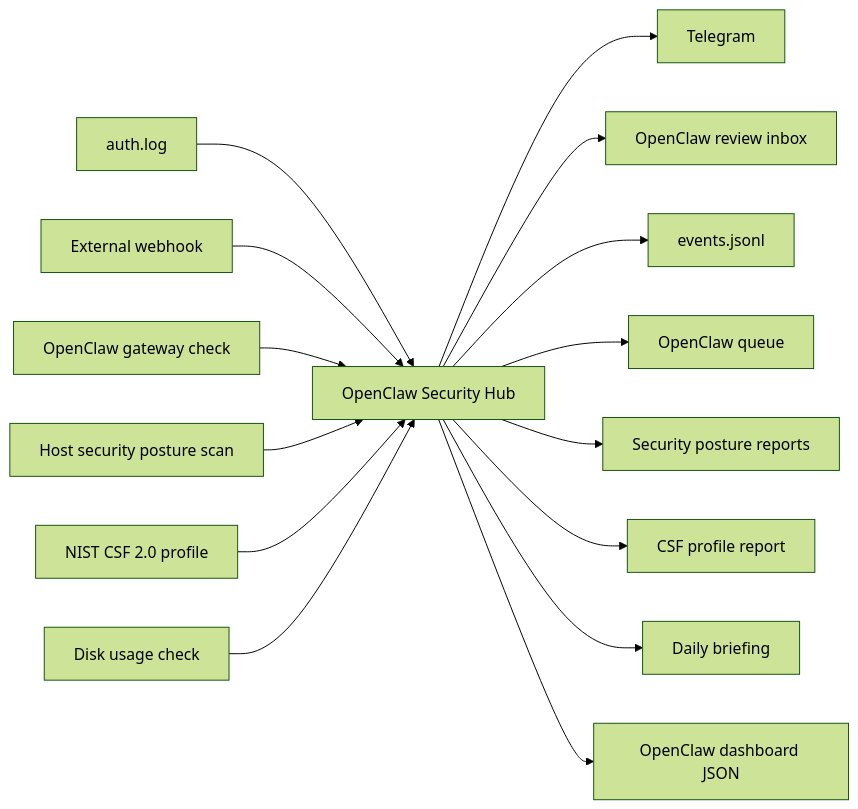
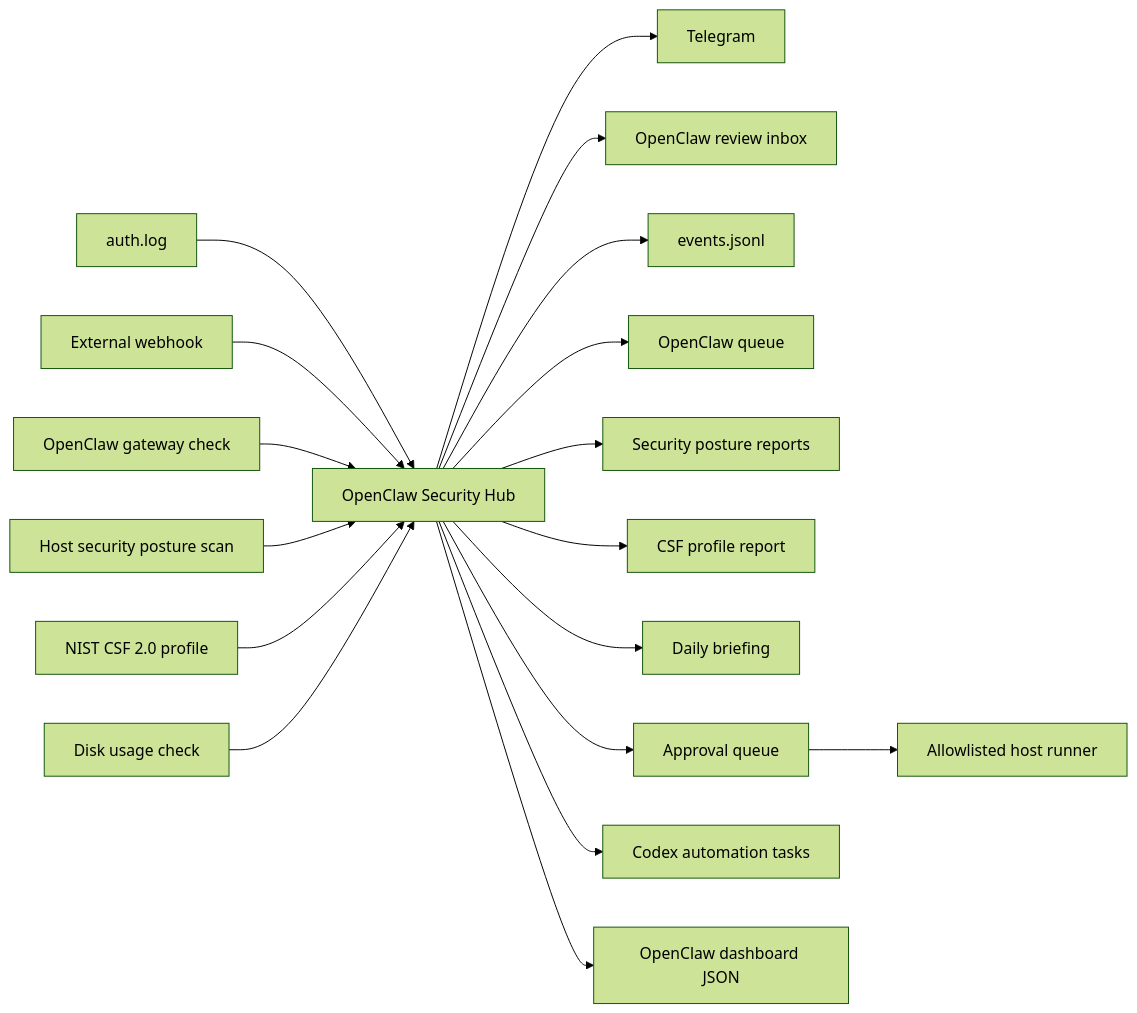
Before and after one commit to DarkDav1/openclaw-security-hub: the diagram in README.md, drawn with Mermaid (forest theme). The commit also changed other lines of this file and 9 other files, not shown here.

Commit message:
Add Telegram-driven remediation automation

````diff
--- a/README.md
+++ b/README.md
@@ -27,17 +30,20 @@
 ```mermaid
 flowchart LR
   SSH["auth.log"] --> Hub["OpenClaw Security Hub"]
   Webhook["External webhook"] --> Hub
   Gateway["OpenClaw gateway check"] --> Hub
   Posture["Host security posture scan"] --> Hub
   CSF["NIST CSF 2.0 profile"] --> Hub
   Disk["Disk usage check"] --> Hub
   Hub --> TG["Telegram"]
   Hub --> Inbox["OpenClaw review inbox"]
   Hub --> Events["events.jsonl"]
   Hub --> Queue["OpenClaw queue"]
   Hub --> Reports["Security posture reports"]
   Hub --> CSFReport["CSF profile report"]
   Hub --> Briefing["Daily briefing"]
+  Hub --> Remediation["Approval queue"]
+  Remediation --> Runner["Allowlisted host runner"]
+  Hub --> Codex["Codex automation tasks"]
   Hub --> Dashboard["OpenClaw dashboard JSON"]
 ```
````
